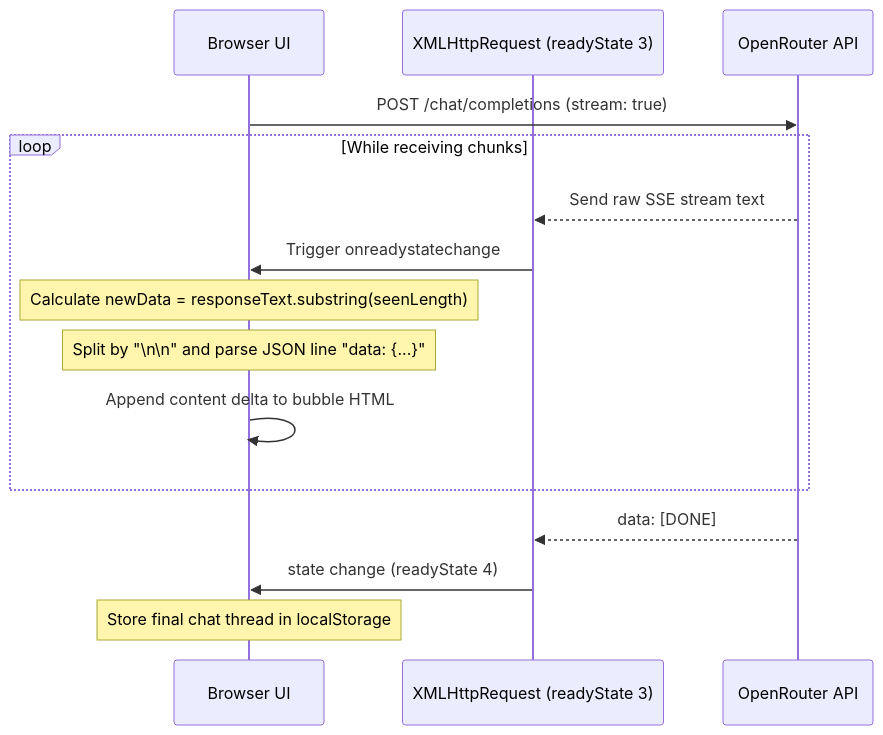
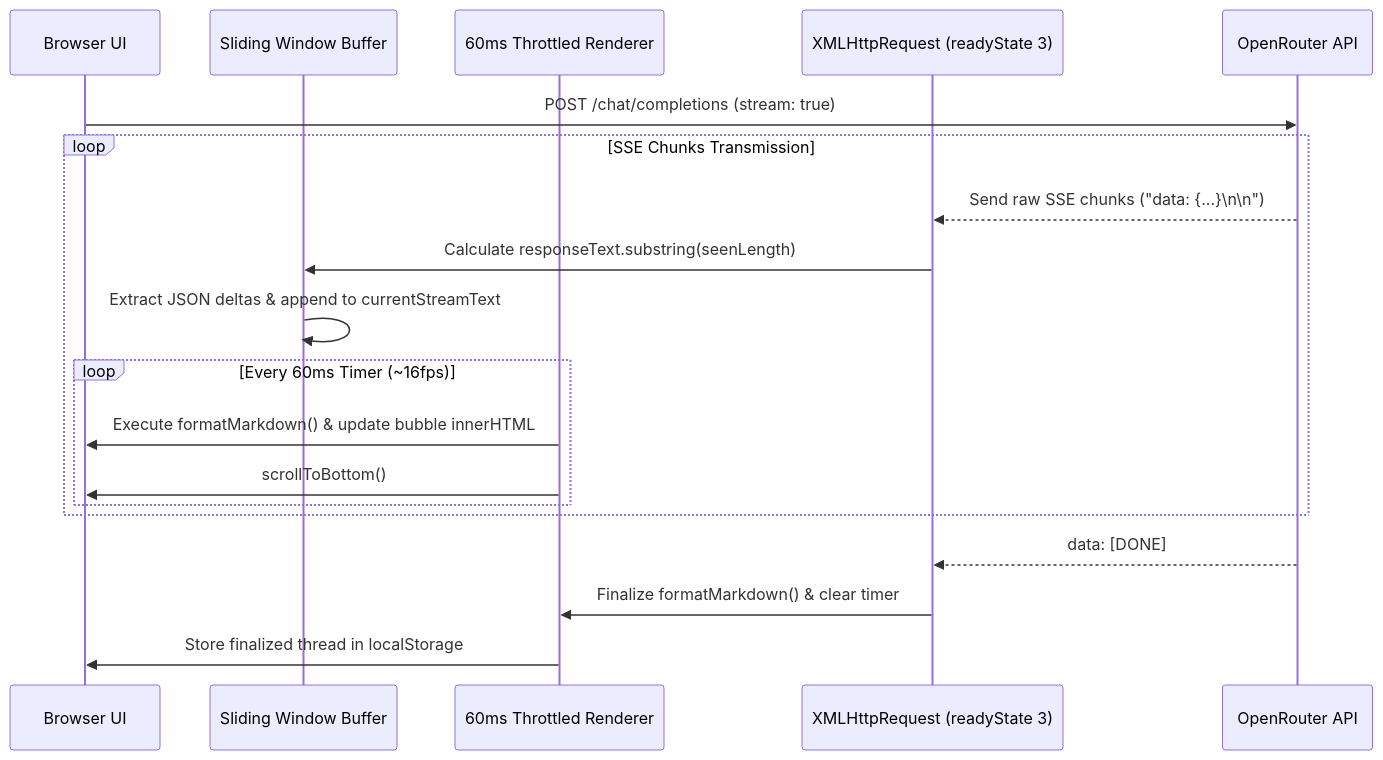
The diagram in API.md (gininaba/legacychat), drawn with Mermaid before and after one commit. The commit also changed other lines of this file and 6 other files, not shown here.

Commit message:
docs: update README documentation to include detailed feature highlights, architecture diagrams, and usage guidelines

````diff
--- a/API.md
+++ b/API.md
@@ -82,18 +83,22 @@
 ```mermaid
 sequenceDiagram
     participant UI as Browser UI
+    participant Buffer as Sliding Window Buffer
+    participant Render as 60ms Throttled Renderer
     participant XHR as XMLHttpRequest (readyState 3)
     participant OR as OpenRouter API
 
     UI->>OR: POST /chat/completions (stream: true)
-    loop While receiving chunks
-        OR-->>XHR: Send raw SSE stream text
-        XHR->>UI: Trigger onreadystatechange
-        Note over UI: Calculate newData = responseText.substring(seenLength)
-        Note over UI: Split by "\n\n" and parse JSON line "data: {...}"
-        UI->>UI: Append content delta to bubble HTML
+    loop SSE Chunks Transmission
+        OR-->>XHR: Send raw SSE chunks ("data: {...}\n\n")
+        XHR->>Buffer: Calculate responseText.substring(seenLength)
+        Buffer->>Buffer: Extract JSON deltas & append to currentStreamText
+        loop Every 60ms Timer (~16fps)
+            Render->>UI: Execute formatMarkdown() & update bubble innerHTML
+            Render->>UI: scrollToBottom()
+        end
     end
     OR-->>XHR: data: [DONE]
-    XHR->>UI: state change (readyState 4)
-    Note over UI: Store final chat thread in localStorage
+    XHR->>Render: Finalize formatMarkdown() & clear timer
+    Render->>UI: Store finalized thread in localStorage
 ```
````
